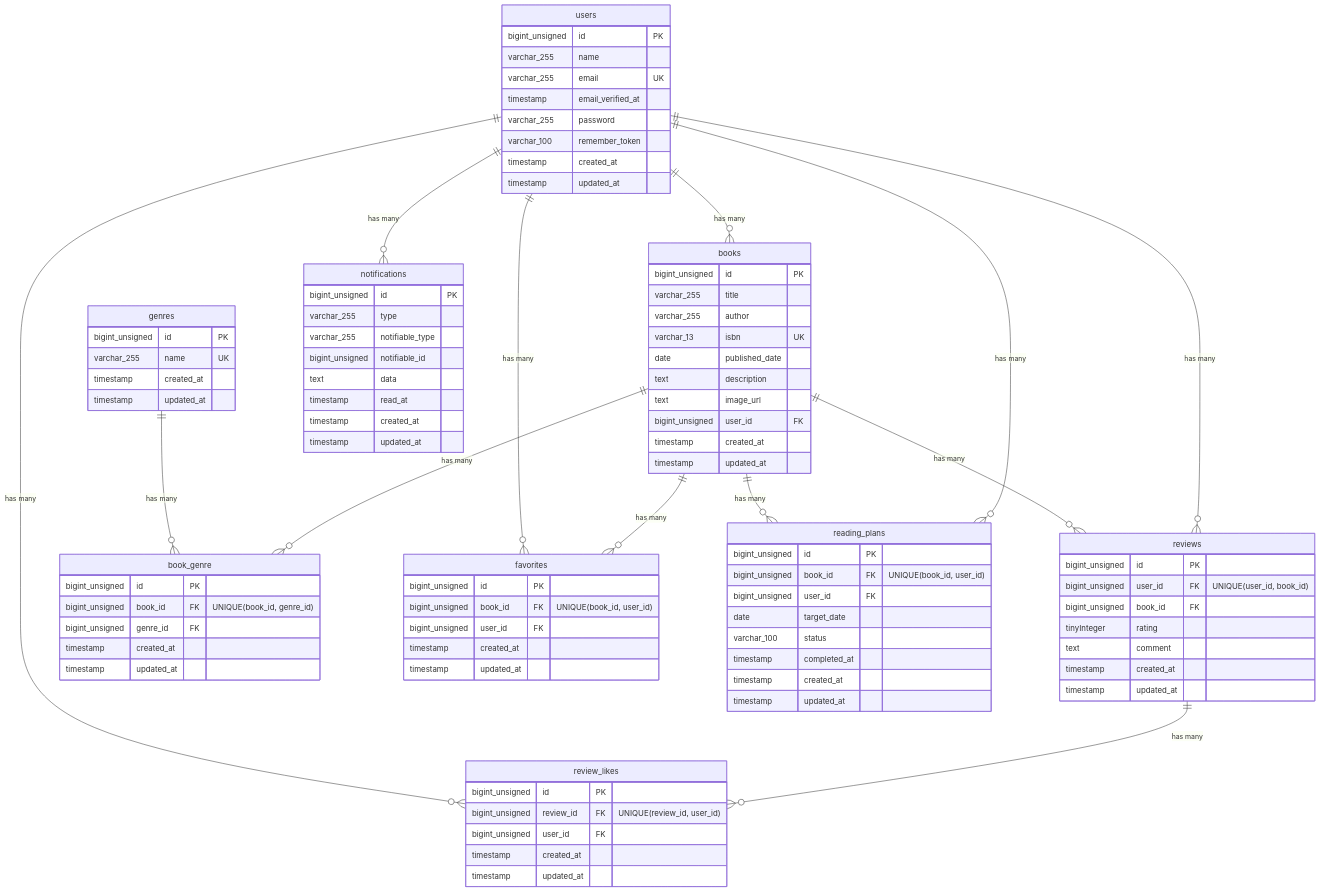
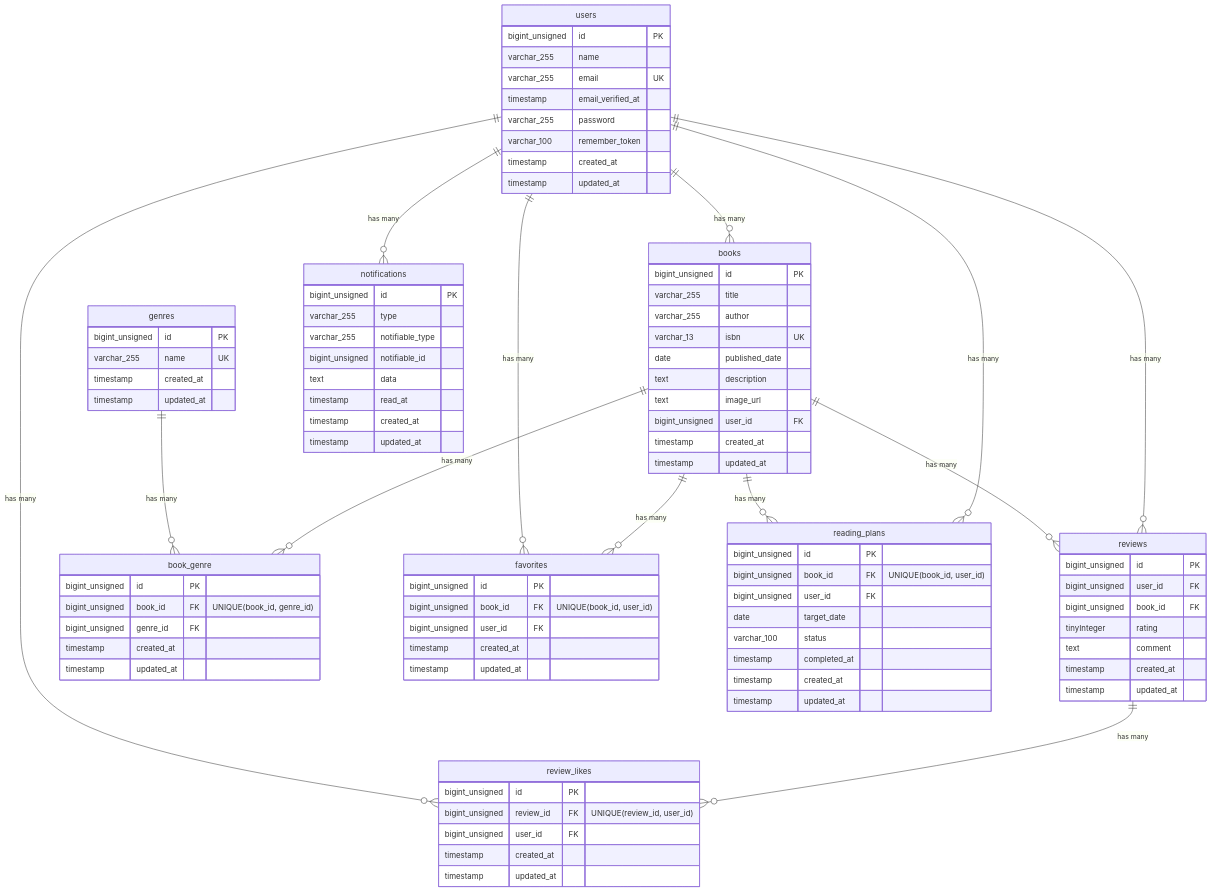
One commit to O-Ayumi/bookshelf-app changed the diagram in README.md. Above: the diagram before and after it, drawn with Mermaid. The commit also changed 1 other file, not shown here.

Commit message:
reviewsテーブルのユニーク制約を削除, ER図も修正

```diff
--- a/README.md
+++ b/README.md
@@ -87,7 +87,7 @@
 
     reviews {
         bigint_unsigned id PK
-        bigint_unsigned user_id FK "UNIQUE(user_id, book_id)"
+        bigint_unsigned user_id FK
         bigint_unsigned book_id FK
         tinyInteger rating
         text comment
```
